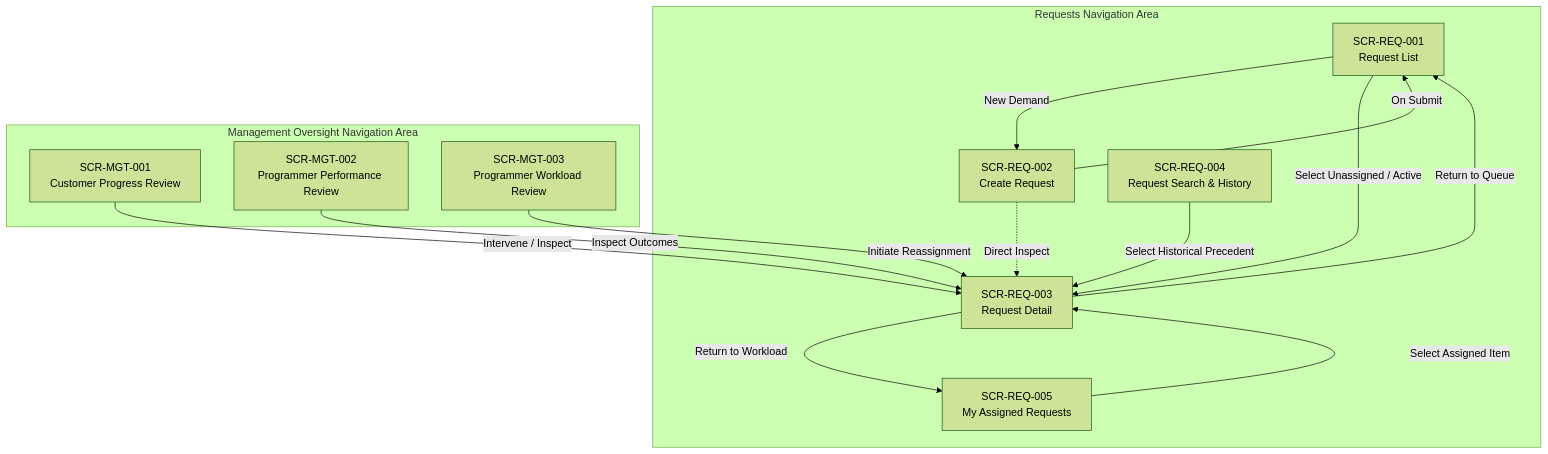
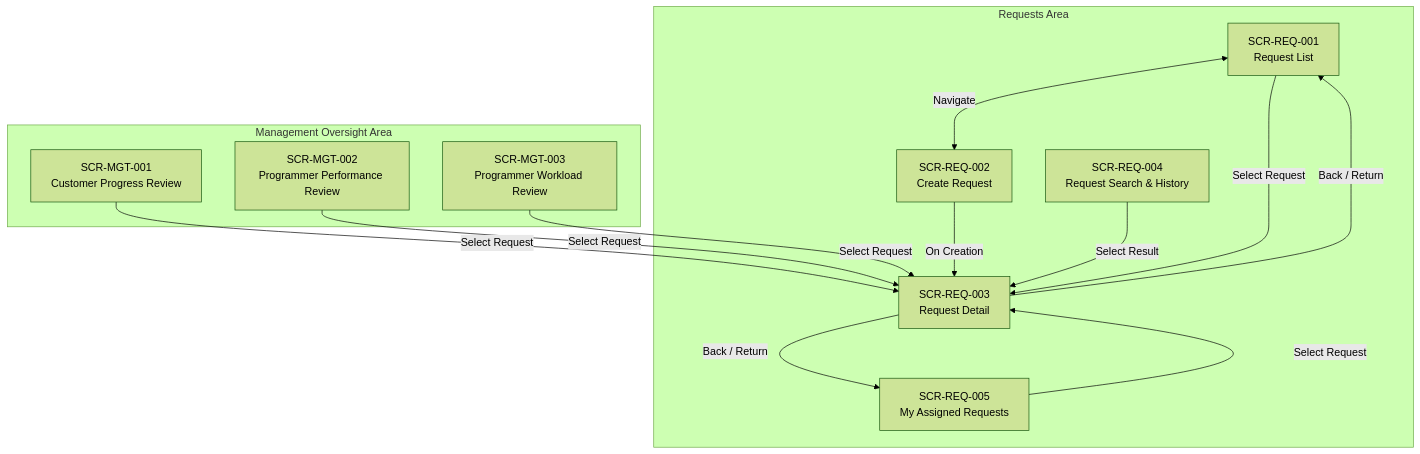
Before and after one commit to smart-ics/b20-agentic-dev: the diagram in operational/navigation/navigation-map.md, drawn with Mermaid (forest theme). The commit also changed other lines of this file and 5 other files, not shown here.

````diff
--- a/operational/navigation/navigation-map.md
+++ b/operational/navigation/navigation-map.md
@@ -90,32 +98,30 @@
 ```mermaid
 flowchart TD
-    subgraph Core_Requests [Requests Navigation Area]
+    subgraph Requests_Area [Requests Area]
         REQ_LIST["SCR-REQ-001<br/>Request List"]
-        REQ_NEW["SCR-REQ-002<br/>Create Request"]
+        REQ_CREATE["SCR-REQ-002<br/>Create Request"]
         REQ_MY["SCR-REQ-005<br/>My Assigned Requests"]
         REQ_SEARCH["SCR-REQ-004<br/>Request Search & History"]
         REQ_DETAIL["SCR-REQ-003<br/>Request Detail"]
     end
 
-    subgraph Management_Area [Management Oversight Navigation Area]
+    subgraph Management_Area [Management Oversight Area]
         MGT_CUST["SCR-MGT-001<br/>Customer Progress Review"]
         MGT_PERF["SCR-MGT-002<br/>Programmer Performance Review"]
         MGT_WORK["SCR-MGT-003<br/>Programmer Workload Review"]
     end
 
-    %% Flows
-    REQ_LIST -->|"New Demand"| REQ_NEW
-    REQ_NEW -->|"On Submit"| REQ_LIST
-    REQ_NEW -.->|"Direct Inspect"| REQ_DETAIL
+    %% Movement Paths
+    REQ_LIST <-->|"Navigate"| REQ_CREATE
+    REQ_LIST -->|"Select Request"| REQ_DETAIL
+    REQ_CREATE -->|"On Creation"| REQ_DETAIL
+    REQ_MY -->|"Select Request"| REQ_DETAIL
+    REQ_SEARCH -->|"Select Result"| REQ_DETAIL
 
-    REQ_LIST -->|"Select Unassigned / Active"| REQ_DETAIL
-    REQ_MY -->|"Select Assigned Item"| REQ_DETAIL
-    REQ_SEARCH -->|"Select Historical Precedent"| REQ_DETAIL
+    MGT_CUST -->|"Select Request"| REQ_DETAIL
+    MGT_PERF -->|"Select Request"| REQ_DETAIL
+    MGT_WORK -->|"Select Request"| REQ_DETAIL
 
-    MGT_CUST -->|"Intervene / Inspect"| REQ_DETAIL
-    MGT_PERF -->|"Inspect Outcomes"| REQ_DETAIL
-    MGT_WORK -->|"Initiate Reassignment"| REQ_DETAIL
-
-    REQ_DETAIL -->|"Return to Queue"| REQ_LIST
-    REQ_DETAIL -->|"Return to Workload"| REQ_MY
+    REQ_DETAIL -->|"Back / Return"| REQ_LIST
+    REQ_DETAIL -->|"Back / Return"| REQ_MY
 ```
````
